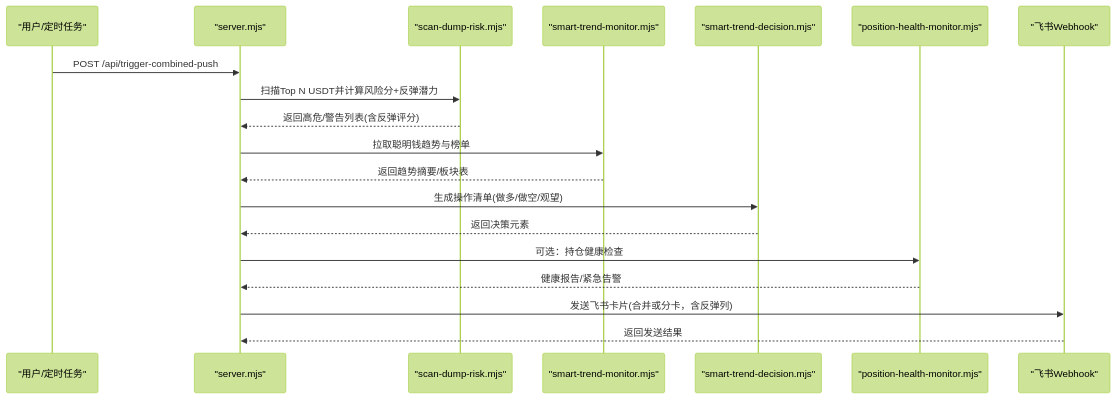
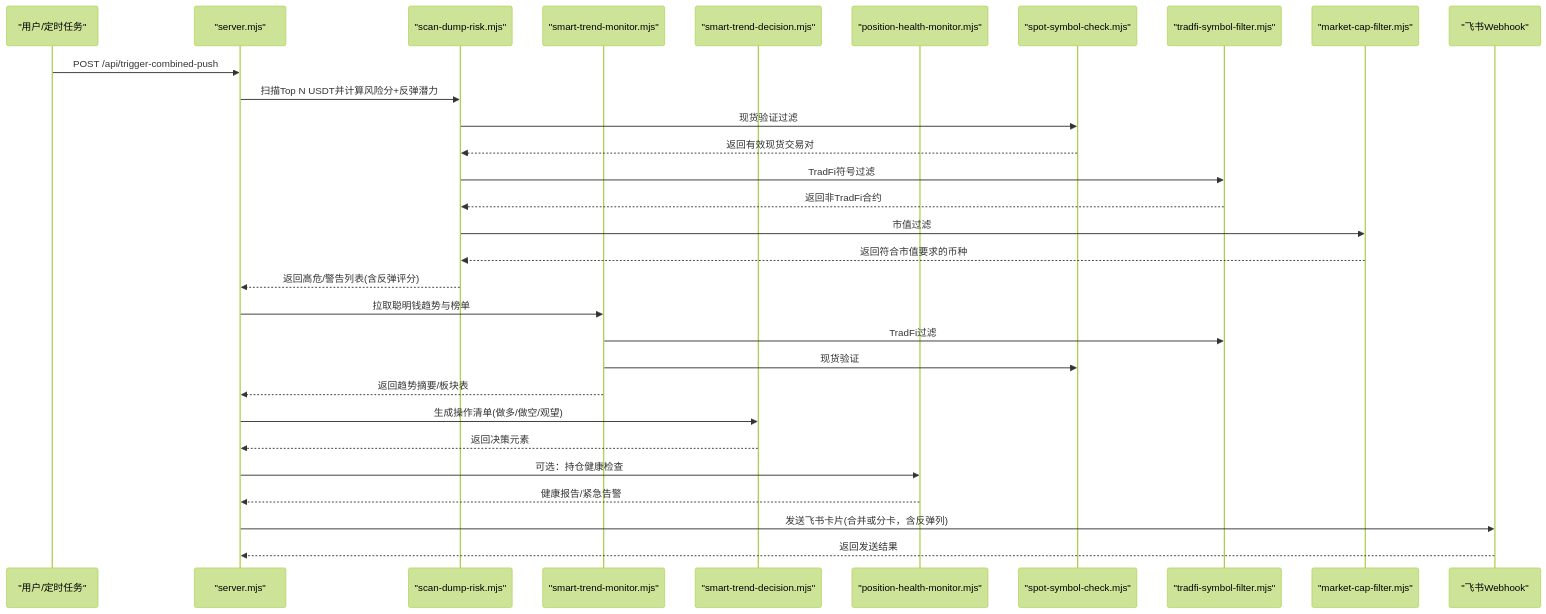
The second of 10 diagrams in .qoder/repowiki/zh/content/核心功能模块/暴跌风险预警.md (kekexilinan/BinaceSmart), drawn with Mermaid (forest theme) before and after one commit. The commit also changed other lines of this file and 63 other files, not shown here.

````diff
--- a/.qoder/repowiki/zh/content/核心功能模块/暴跌风险预警.md
+++ b/.qoder/repowiki/zh/content/核心功能模块/暴跌风险预警.md
@@ -137,21 +165,32 @@
 ```mermaid
 sequenceDiagram
 participant U as "用户/定时任务"
 participant API as "server.mjs"
 participant DR as "scan-dump-risk.mjs"
 participant ST as "smart-trend-monitor.mjs"
 participant DEC as "smart-trend-decision.mjs"
 participant PHM as "position-health-monitor.mjs"
+participant SP as "spot-symbol-check.mjs"
+participant TF as "tradfi-symbol-filter.mjs"
+participant MC as "market-cap-filter.mjs"
 participant FEI as "飞书Webhook"
 U->>API : POST /api/trigger-combined-push
 API->>DR : 扫描Top N USDT并计算风险分+反弹潜力
+DR->>SP : 现货验证过滤
+SP-->>DR : 返回有效现货交易对
+DR->>TF : TradFi符号过滤
+TF-->>DR : 返回非TradFi合约
+DR->>MC : 市值过滤
+MC-->>DR : 返回符合市值要求的币种
 DR-->>API : 返回高危/警告列表(含反弹评分)
 API->>ST : 拉取聪明钱趋势与榜单
+ST->>TF : TradFi过滤
+ST->>SP : 现货验证
 ST-->>API : 返回趋势摘要/板块表
 API->>DEC : 生成操作清单(做多/做空/观望)
 DEC-->>API : 返回决策元素
 API->>PHM : 可选：持仓健康检查
 PHM-->>API : 健康报告/紧急告警
 API->>FEI : 发送飞书卡片(合并或分卡，含反弹列)
 FEI-->>API : 返回发送结果
 ```
````
